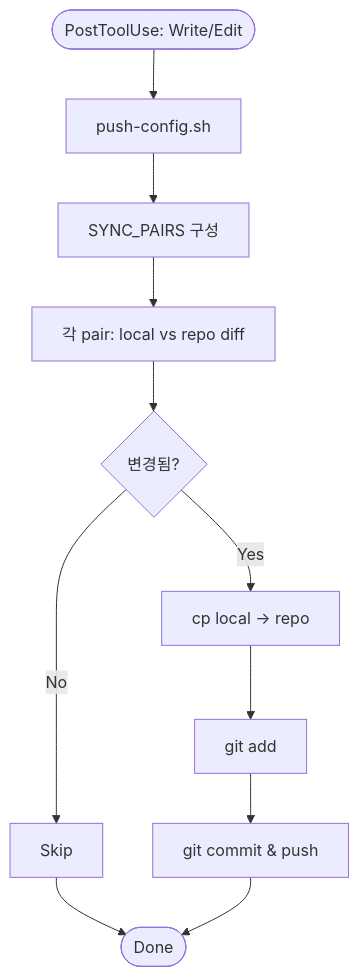
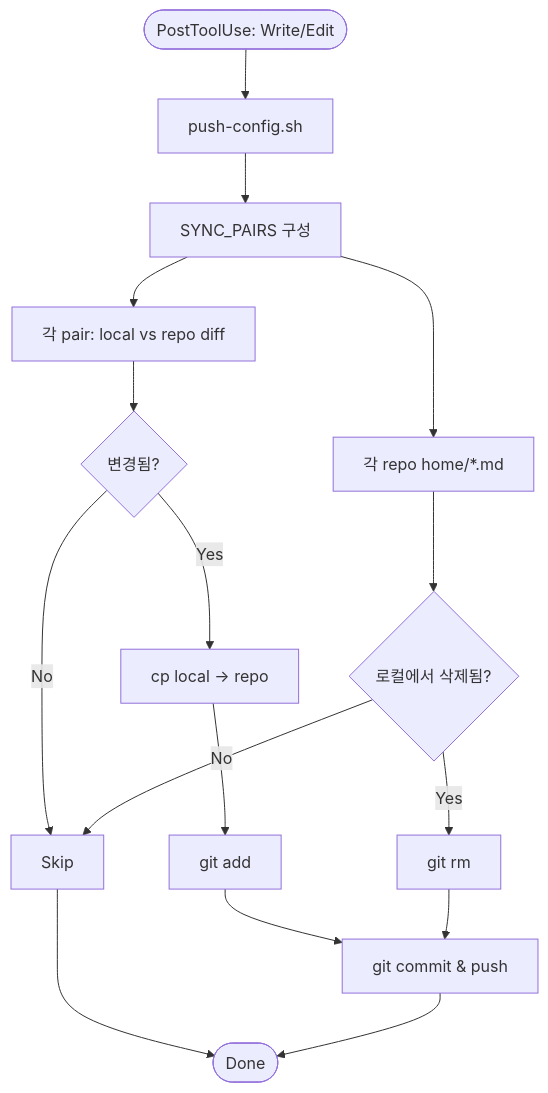
One commit to WoojinAhn/claude-config changed the third of 4 diagrams in README.ko.md. Above: the diagram before and after it, drawn with Mermaid. The commit also changed other lines of this file and 3 other files, not shown here.

````diff
--- a/README.ko.md
+++ b/README.ko.md
@@ -93,13 +93,18 @@
 ```mermaid
 flowchart TD
     A([PostToolUse: Write/Edit]) --> B[push-config.sh]
     B --> C[SYNC_PAIRS 구성]
     C --> D[각 pair: local vs repo diff]
     D --> E{변경됨?}
     E -- Yes --> F[cp local → repo]
     F --> G[git add]
     E -- No --> H[Skip]
+    C --> D2[각 repo home/*.md]
+    D2 --> E2{로컬에서 삭제됨?}
+    E2 -- Yes --> F2[git rm]
+    E2 -- No --> H
     G --> I[git commit & push]
+    F2 --> I
     H --> J([Done])
     I --> J
 ```
````
